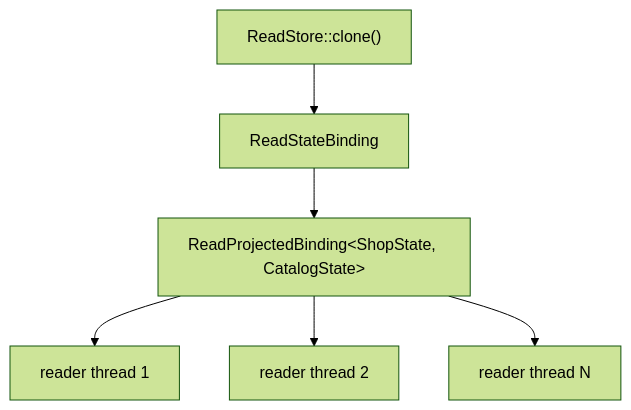
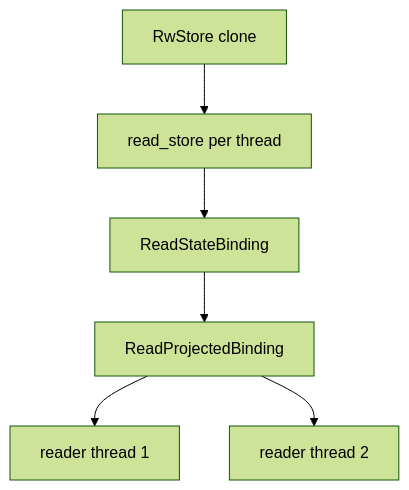
The fifth of 5 diagrams in rust-elm/book/rw_ecommerce.md (akashsoni01/rust-key-paths), drawn with Mermaid (forest theme) before and after one commit. The commit also changed other lines of this file and 6 other files, not shown here.

````diff
--- a/rust-elm/book/rw_ecommerce.md
+++ b/rust-elm/book/rw_ecommerce.md
@@ -142,15 +184,15 @@
 ```mermaid
 flowchart TB
-    RS["ReadStore::clone()"]
+    S["RwStore clone"]
+    RS["read_store per thread"]
     B["ReadStateBinding"]
-    P["ReadProjectedBinding&lt;ShopState, CatalogState&gt;"]
+    P["ReadProjectedBinding"]
     T1["reader thread 1"]
     T2["reader thread 2"]
-  T3["reader thread N"]
 
+    S --> RS
     RS --> B
     B --> P
     P --> T1
     P --> T2
-    P --> T3
 ```
````
